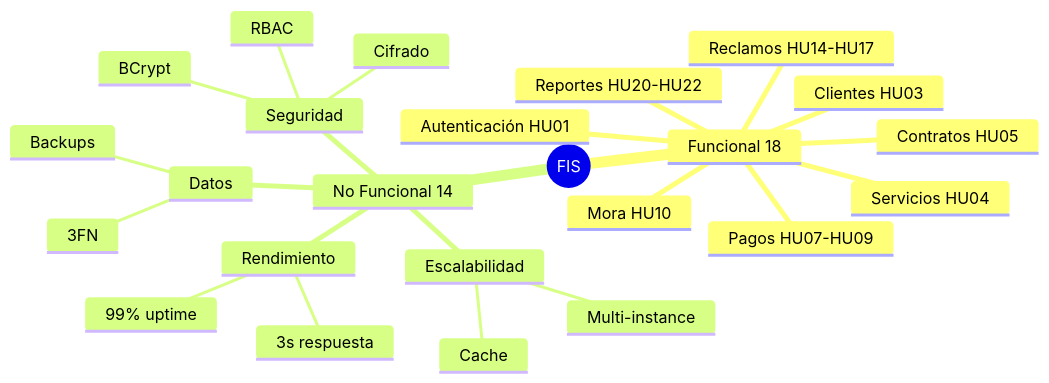
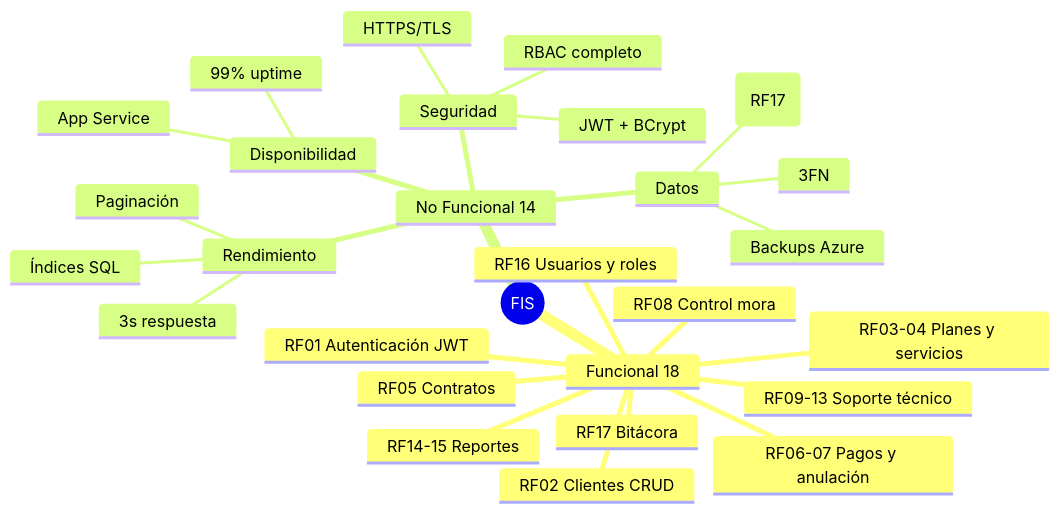
One commit to claudiosddevs/adrian changed the first of 2 diagrams in docs/06-requerimientos/README.md. Above: the diagram before and after it, drawn with Mermaid. The commit also changed other lines of this file and 5 other files, not shown here.

````diff
--- a/docs/06-requerimientos/README.md
+++ b/docs/06-requerimientos/README.md
@@ -14,27 +14,31 @@
 ```mermaid
 mindmap
   root((FIS))
     Funcional 18
-      Autenticación HU01
-      Clientes HU03
-      Servicios HU04
-      Contratos HU05
-      Pagos HU07-HU09
-      Mora HU10
-      Reclamos HU14-HU17
-      Reportes HU20-HU22
+      RF01 Autenticación JWT
+      RF02 Clientes CRUD
+      RF03-04 Planes y servicios
+      RF05 Contratos
+      RF06-07 Pagos y anulación
+      RF08 Control mora
+      RF09-13 Soporte técnico
+      RF14-15 Reportes
+      RF16 Usuarios y roles
+      RF17 Bitácora
     No Funcional 14
       Seguridad
-        RBAC
-        Cifrado
-        BCrypt
+        RBAC completo
+        JWT + BCrypt
+        HTTPS/TLS
       Rendimiento
         3s respuesta
+        Paginación
+        Índices SQL
+      Disponibilidad
         99% uptime
+        App Service
       Datos
         3FN
-        Backups
-      Escalabilidad
-        Multi-instance
-        Cache
+        Backups Azure
+        Bitácora (RF17)
 ```
````
